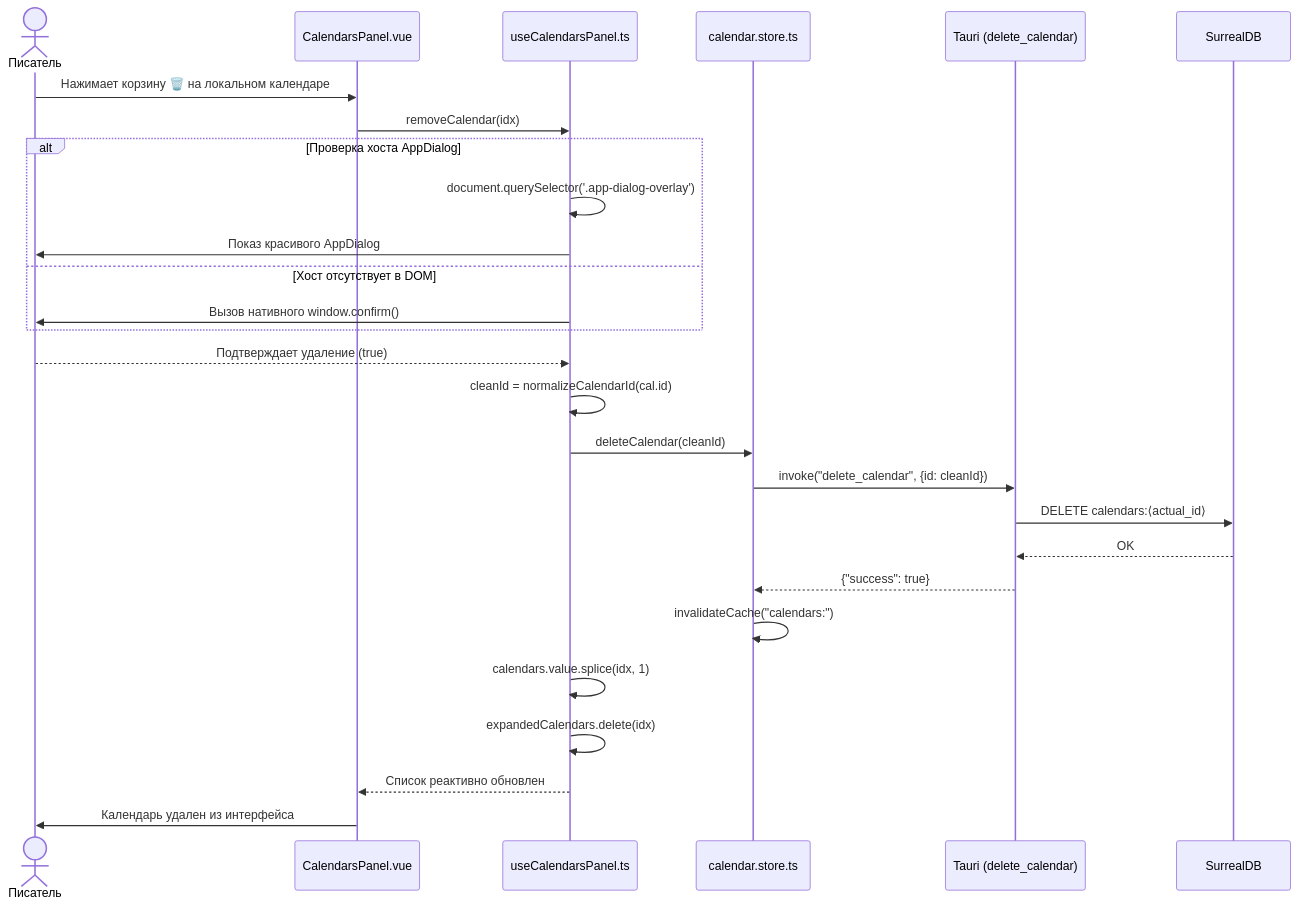
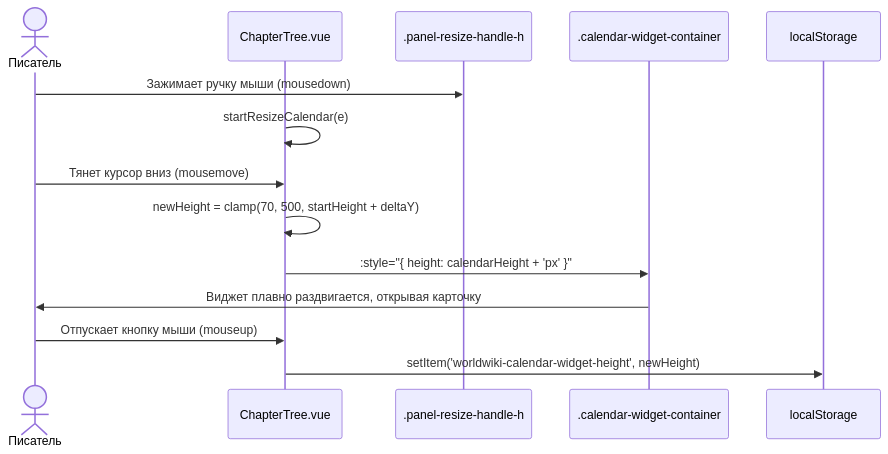
One commit to nagisokyn-prog/WorldWiki changed the third of 4 diagrams in apps/spa/src/ts/features/timeline/Calendars/README_Calendars.md. Above: the diagram before and after it, drawn with Mermaid. The commit also changed other lines of this file and 10 other files, not shown here.

````diff
--- a/apps/spa/src/ts/features/timeline/Calendars/README_Calendars.md
+++ b/apps/spa/src/ts/features/timeline/Calendars/README_Calendars.md
@@ -460,30 +284,17 @@
 ```mermaid
 sequenceDiagram
     actor User as Писатель
-    participant Panel as CalendarsPanel.vue
-    participant Hook as useCalendarsPanel.ts
-    participant Store as calendar.store.ts
-    participant Tauri as Tauri (delete_calendar)
-    participant DB as SurrealDB
+    participant Tree as ChapterTree.vue
+    participant Resizer as .panel-resize-handle-h
+    participant Container as .calendar-widget-container
+    participant LocalStorage as localStorage
 
-    User->>Panel: Нажимает корзину 🗑️ на локальном календаре
-    Panel->>Hook: removeCalendar(idx)
-    alt Проверка хоста AppDialog
-        Hook->>Hook: document.querySelector('.app-dialog-overlay')
-        Hook->>User: Показ красивого AppDialog
-    else Хост отсутствует в DOM
-        Hook->>User: Вызов нативного window.confirm()
-    end
-    User-->>Hook: Подтверждает удаление (true)
-    Hook->>Hook: cleanId = normalizeCalendarId(cal.id)
-    Hook->>Store: deleteCalendar(cleanId)
-    Store->>Tauri: invoke("delete_calendar", {id: cleanId})
-    Tauri->>DB: DELETE calendars:⟨actual_id⟩
-    DB-->>Tauri: OK
-    Tauri-->>Store: {"success": true}
-    Store->>Store: invalidateCache("calendars:")
-    Hook->>Hook: calendars.value.splice(idx, 1)
-    Hook->>Hook: expandedCalendars.delete(idx)
-    Hook-->>Panel: Список реактивно обновлен
-    Panel->>User: Календарь удален из интерфейса
+    User->>Resizer: Зажимает ручку мыши (mousedown)
+    Tree->>Tree: startResizeCalendar(e)
+    User->>Tree: Тянет курсор вниз (mousemove)
+    Tree->>Tree: newHeight = clamp(70, 500, startHeight + deltaY)
+    Tree->>Container: :style="{ height: calendarHeight + 'px' }"
+    Container->>User: Виджет плавно раздвигается, открывая карточку
+    User->>Tree: Отпускает кнопку мыши (mouseup)
+    Tree->>LocalStorage: setItem('worldwiki-calendar-widget-height', newHeight)
 ```
````
